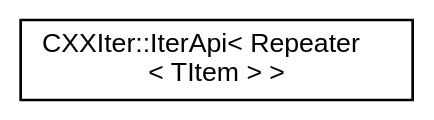
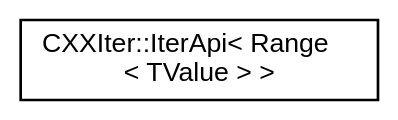
The diagram in inherit_graph_9.dot (seijikun/CXXIter), drawn with Graphviz before and after one commit. The commit also changed 54 other files, not shown here.

```diff
--- a/inherit_graph_9.dot
+++ b/inherit_graph_9.dot
@@ -1,10 +1,10 @@
 digraph "Graphical Class Hierarchy"
 {
  // INTERACTIVE_SVG=YES
  // LATEX_PDF_SIZE
   bgcolor="transparent";
   edge [fontname="Helvetica",fontsize="10",labelfontname="Helvetica",labelfontsize="10"];
   node [fontname="Helvetica",fontsize="10",shape=record];
   rankdir="LR";
-  Node0 [label="CXXIter::IterApi\< Repeater\l\< TItem \> \>",height=0.2,width=0.4,color="black",URL="$classCXXIter_1_1IterApi.html",tooltip=" "];
+  Node0 [label="CXXIter::IterApi\< Range\l\< TValue \> \>",height=0.2,width=0.4,color="black",URL="$classCXXIter_1_1IterApi.html",tooltip=" "];
 }
```
